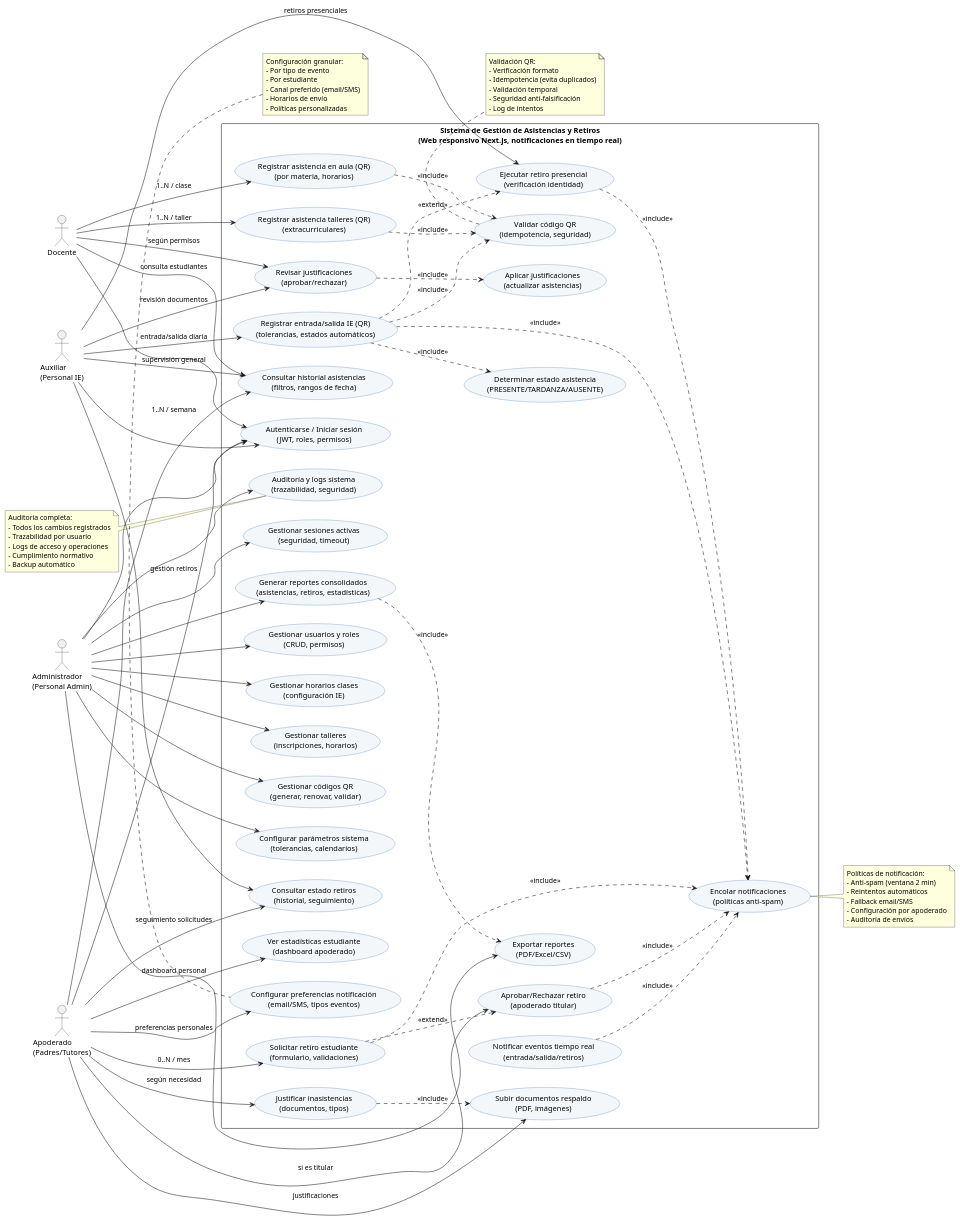
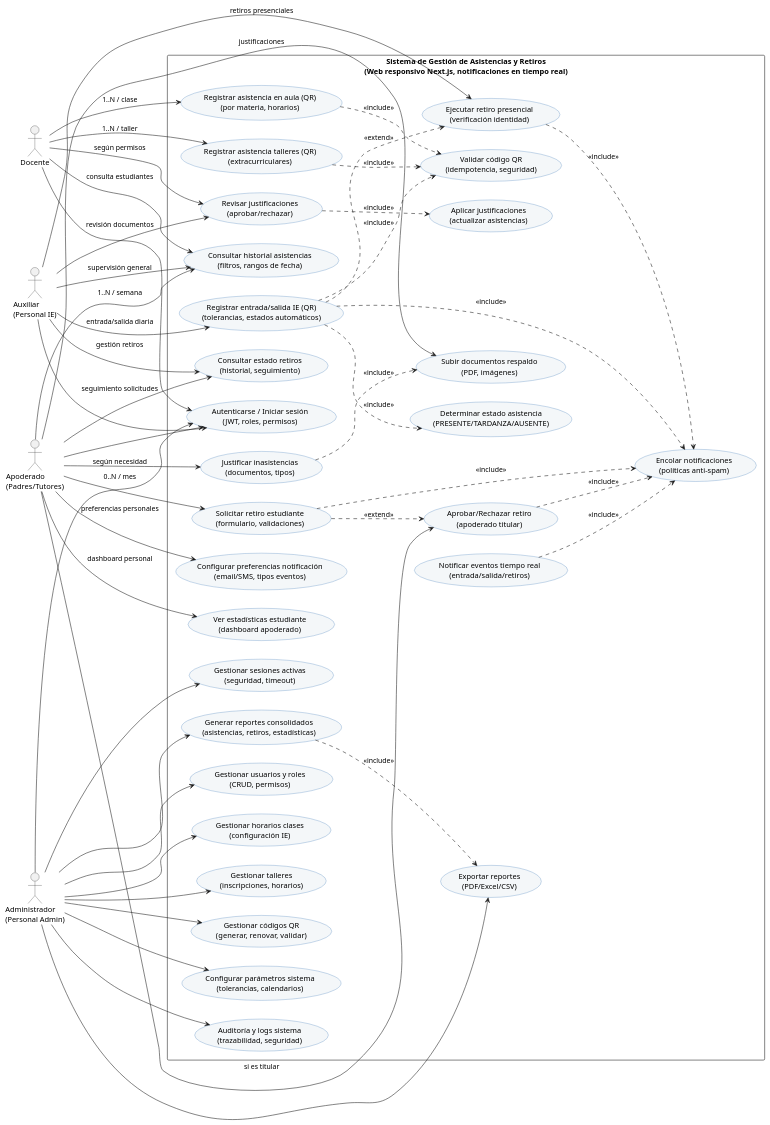
Before and after one commit to PRodrigocm/proyecto-tesis: the diagram in UML/casos-de-uso.puml, drawn with PlantUML. The commit also changed 36 other files, not shown here.

```diff
--- a/UML/casos-de-uso.puml
+++ b/UML/casos-de-uso.puml
@@ -1,139 +1,102 @@
 @startuml
 
 left to right direction
 
 skinparam usecase {
   BackgroundColor #F4F7F9
   BorderColor #2B6CB0
 }
 
 actor "Docente" as Docente
 actor "Auxiliar\n(Personal IE)" as Auxiliar
 actor "Apoderado\n(Padres/Tutores)" as Apoderado
 actor "Administrador\n(Personal Admin)" as Admin
 
 rectangle "Sistema de Gestión de Asistencias y Retiros\n(Web responsivo Next.js, notificaciones en tiempo real)" {
   
   usecase UC_Login as "Autenticarse / Iniciar sesión\n(JWT, roles, permisos)"
   usecase UC_GestionarSesiones as "Gestionar sesiones activas\n(seguridad, timeout)"
   
   usecase UC_RegistrarAsistenciaIE as "Registrar entrada/salida IE (QR)\n(tolerancias, estados automáticos)"
   usecase UC_RegistrarAsistenciaAula as "Registrar asistencia en aula (QR)\n(por materia, horarios)"
   usecase UC_RegistrarAsistenciaTaller as "Registrar asistencia talleres (QR)\n(extracurriculares)"
   usecase UC_ValidarQR as "Validar código QR\n(idempotencia, seguridad)"
   usecase UC_DeterminarEstado as "Determinar estado asistencia\n(PRESENTE/TARDANZA/AUSENTE)"
   usecase UC_ConsultarAsistencias as "Consultar historial asistencias\n(filtros, rangos de fecha)"
   
   usecase UC_SolicitarRetiro as "Solicitar retiro estudiante\n(formulario, validaciones)"
   usecase UC_AprobarRetiro as "Aprobar/Rechazar retiro\n(apoderado titular)"
   usecase UC_EjecutarRetiro as "Ejecutar retiro presencial\n(verificación identidad)"
   usecase UC_ConsultarRetiros as "Consultar estado retiros\n(historial, seguimiento)"
   
   usecase UC_JustificarInasistencia as "Justificar inasistencias\n(documentos, tipos)"
   usecase UC_RevisarJustificaciones as "Revisar justificaciones\n(aprobar/rechazar)"
   usecase UC_SubirDocumentos as "Subir documentos respaldo\n(PDF, imágenes)"
   usecase UC_AplicarJustificaciones as "Aplicar justificaciones\n(actualizar asistencias)"
   
   usecase UC_ConfigurarNotificaciones as "Configurar preferencias notificación\n(email/SMS, tipos eventos)"
   usecase UC_EncolarNotificaciones as "Encolar notificaciones\n(políticas anti-spam)"
   usecase UC_NotificarEventos as "Notificar eventos tiempo real\n(entrada/salida/retiros)"
   
   usecase UC_GenerarReportes as "Generar reportes consolidados\n(asistencias, retiros, estadísticas)"
   usecase UC_ExportarReportes as "Exportar reportes\n(PDF/Excel/CSV)"
   usecase UC_EstadisticasApoderado as "Ver estadísticas estudiante\n(dashboard apoderado)"
   
   usecase UC_GestionarUsuarios as "Gestionar usuarios y roles\n(CRUD, permisos)"
   usecase UC_GestionarHorarios as "Gestionar horarios clases\n(configuración IE)"
   usecase UC_GestionarTalleres as "Gestionar talleres\n(inscripciones, horarios)"
   usecase UC_GestionarCodigosQR as "Gestionar códigos QR\n(generar, renovar, validar)"
   usecase UC_ConfigurarSistema as "Configurar parámetros sistema\n(tolerancias, calendarios)"
   usecase UC_AuditoriaSeguridad as "Auditoría y logs sistema\n(trazabilidad, seguridad)"
 }
 
 Docente --> UC_Login
 Docente --> UC_RegistrarAsistenciaAula : "1..N / clase"
 Docente --> UC_RegistrarAsistenciaTaller : "1..N / taller"
 Docente --> UC_ConsultarAsistencias : "consulta estudiantes"
 Docente --> UC_RevisarJustificaciones : "según permisos"
 
 Auxiliar --> UC_Login
 Auxiliar --> UC_RegistrarAsistenciaIE : "entrada/salida diaria"
 Auxiliar --> UC_EjecutarRetiro : "retiros presenciales"
 Auxiliar --> UC_ConsultarRetiros : "gestión retiros"
 Auxiliar --> UC_ConsultarAsistencias : "supervisión general"
 Auxiliar --> UC_RevisarJustificaciones : "revisión documentos"
 
 Apoderado --> UC_Login
 Apoderado --> UC_SolicitarRetiro : "0..N / mes"
 Apoderado --> UC_AprobarRetiro : "si es titular"
 Apoderado --> UC_JustificarInasistencia : "según necesidad"
 Apoderado --> UC_ConsultarAsistencias : "1..N / semana"
 Apoderado --> UC_ConsultarRetiros : "seguimiento solicitudes"
 Apoderado --> UC_ConfigurarNotificaciones : "preferencias personales"
 Apoderado --> UC_EstadisticasApoderado : "dashboard personal"
 Apoderado --> UC_SubirDocumentos : "justificaciones"
 
 Admin --> UC_Login
 Admin --> UC_GestionarUsuarios
 Admin --> UC_GestionarHorarios
 Admin --> UC_GestionarTalleres
 Admin --> UC_GestionarCodigosQR
 Admin --> UC_ConfigurarSistema
 Admin --> UC_GenerarReportes
 Admin --> UC_ExportarReportes
 Admin --> UC_AuditoriaSeguridad
 Admin --> UC_GestionarSesiones
 
 UC_RegistrarAsistenciaIE ..> UC_ValidarQR : <<include>>
 UC_RegistrarAsistenciaAula ..> UC_ValidarQR : <<include>>
 UC_RegistrarAsistenciaTaller ..> UC_ValidarQR : <<include>>
 UC_RegistrarAsistenciaIE ..> UC_DeterminarEstado : <<include>>
 UC_RegistrarAsistenciaIE ..> UC_EncolarNotificaciones : <<include>>
 UC_SolicitarRetiro ..> UC_EncolarNotificaciones : <<include>>
 UC_EjecutarRetiro ..> UC_EncolarNotificaciones : <<include>>
 UC_AprobarRetiro ..> UC_EncolarNotificaciones : <<include>>
 UC_NotificarEventos ..> UC_EncolarNotificaciones : <<include>>
 UC_GenerarReportes ..> UC_ExportarReportes : <<include>>
 UC_RevisarJustificaciones ..> UC_AplicarJustificaciones : <<include>>
 UC_JustificarInasistencia ..> UC_SubirDocumentos : <<include>>
 
 UC_RegistrarAsistenciaIE ..> UC_EjecutarRetiro : <<extend>>
 UC_SolicitarRetiro ..> UC_AprobarRetiro : <<extend>>
-
-note right of UC_EncolarNotificaciones
-  Políticas de notificación:
-  - Anti-spam (ventana 2 min)
-  - Reintentos automáticos
-  - Fallback email/SMS
-  - Configuración por apoderado
-  - Auditoría de envíos
-end note
-
-note bottom of UC_ValidarQR
-  Validación QR:
-  - Verificación formato
-  - Idempotencia (evita duplicados)
-  - Validación temporal
-  - Seguridad anti-falsificación
-  - Log de intentos
-end note
-
-note left of UC_AuditoriaSeguridad
-  Auditoría completa:
-  - Todos los cambios registrados
-  - Trazabilidad por usuario
-  - Logs de acceso y operaciones
-  - Cumplimiento normativo
-  - Backup automático
-end note
-
-note top of UC_ConfigurarNotificaciones
-  Configuración granular:
-  - Por tipo de evento
-  - Por estudiante
-  - Canal preferido (email/SMS)
-  - Horarios de envío
-  - Políticas personalizadas
-end note
-
 @enduml
```
